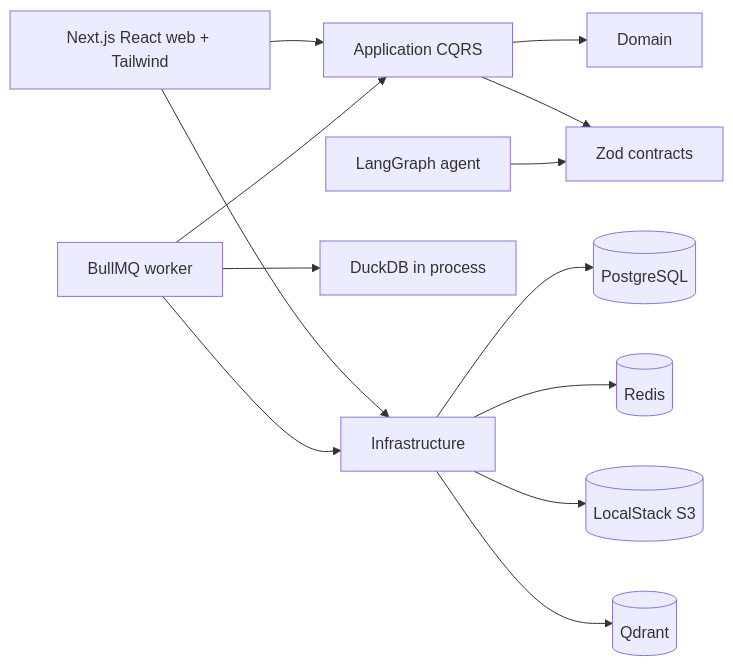
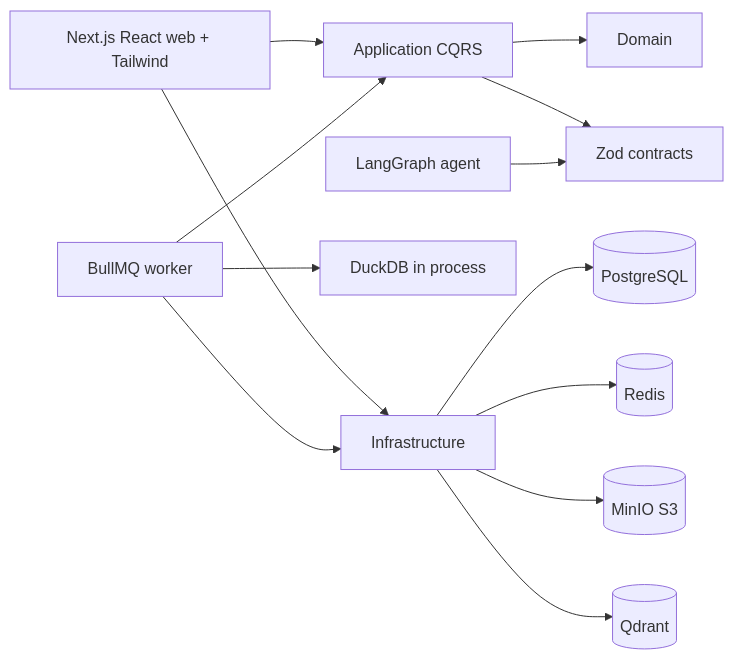
The diagram in docs/architecture.md (hanzala-afzal-dev/AI-CSV), drawn with Mermaid before and after one commit. The commit also changed other lines of this file and 78 other files, not shown here.

````diff
--- a/docs/architecture.md
+++ b/docs/architecture.md
@@ -8,15 +8,15 @@
 ```mermaid
 flowchart LR
   Web[Next.js React web + Tailwind] --> App[Application CQRS]
   Worker[BullMQ worker] --> App
   App --> Domain[Domain]
   Web --> Infra[Infrastructure]
   Worker --> Infra
   Infra --> Postgres[(PostgreSQL)]
   Infra --> Redis[(Redis)]
-  Infra --> S3[(LocalStack S3)]
+  Infra --> S3[(MinIO S3)]
   Infra --> Qdrant[(Qdrant)]
   Worker --> DuckDB[DuckDB in process]
   App --> Contracts[Zod contracts]
   Agent[LangGraph agent] --> Contracts
 ```
````
